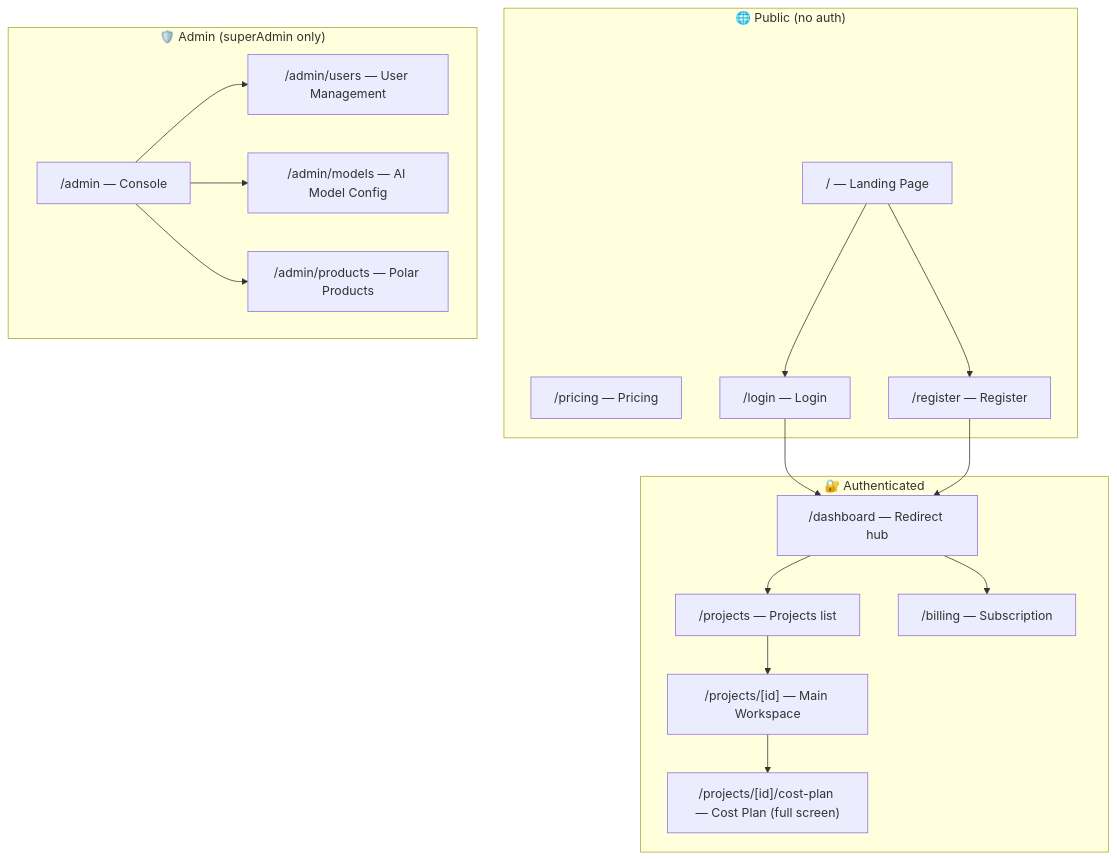
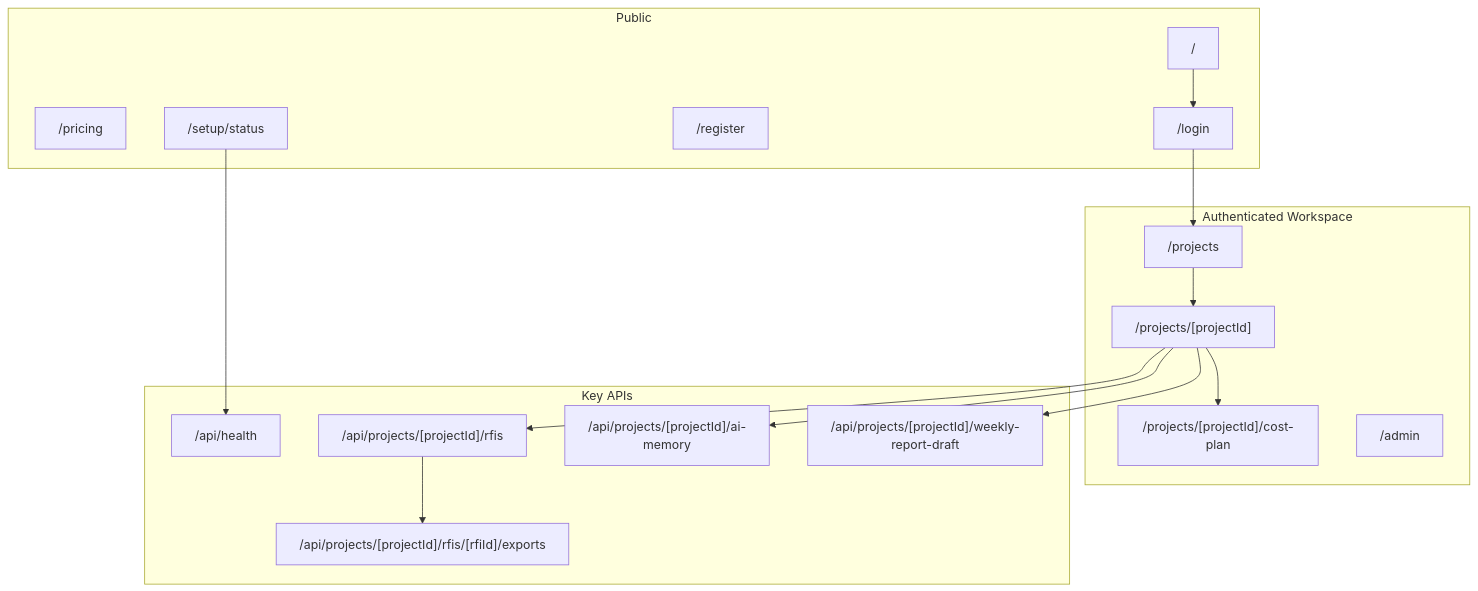
The first of 6 diagrams in assemble.ai/docs/VISUAL_MAP.md (bennyclifton-svg/ASSEMBLE.AI-P2), drawn with Mermaid before and after one commit. The commit also changed other lines of this file and 709 other files, not shown here.

````diff
--- a/assemble.ai/docs/VISUAL_MAP.md
+++ b/assemble.ai/docs/VISUAL_MAP.md
@@ -9,32 +7,35 @@
 ```mermaid
 graph TD
-    subgraph Public["🌐 Public (no auth)"]
-        LP["/ — Landing Page"]
-        PR["/pricing — Pricing"]
-        LG["/login — Login"]
-        RG["/register — Register"]
+    subgraph Public["Public"]
+        LP["/"]
+        PR["/pricing"]
+        LG["/login"]
+        RG["/register"]
+        ST["/setup/status"]
     end
 
-    subgraph Auth["🔐 Authenticated"]
-        DB["/dashboard — Redirect hub"]
-        PJ["/projects — Projects list"]
-        PW["/projects/[id] — Main Workspace"]
-        CP["/projects/[id]/cost-plan — Cost Plan (full screen)"]
-        BL["/billing — Subscription"]
+    subgraph Workspace["Authenticated Workspace"]
+        PJ["/projects"]
+        PW["/projects/[projectId]"]
+        CP["/projects/[projectId]/cost-plan"]
+        AD["/admin"]
     end
 
-    subgraph Admin["🛡️ Admin (superAdmin only)"]
-        AD["/admin — Console"]
-        AU["/admin/users — User Management"]
-        AM["/admin/models — AI Model Config"]
-        APR["/admin/products — Polar Products"]
+    subgraph APIs["Key APIs"]
+        H["/api/health"]
+        RFI["/api/projects/[projectId]/rfis"]
+        RFX["/api/projects/[projectId]/rfis/[rfiId]/exports"]
+        MEM["/api/projects/[projectId]/ai-memory"]
+        WR["/api/projects/[projectId]/weekly-report-draft"]
     end
 
-    LP --> LG & RG
-    LG & RG --> DB
-    DB --> PJ
+    LP --> LG
+    LG --> PJ
     PJ --> PW
     PW --> CP
-    DB --> BL
-    AD --> AU & AM & APR
+    ST --> H
+    PW --> RFI
+    PW --> MEM
+    PW --> WR
+    RFI --> RFX
 ```
````
